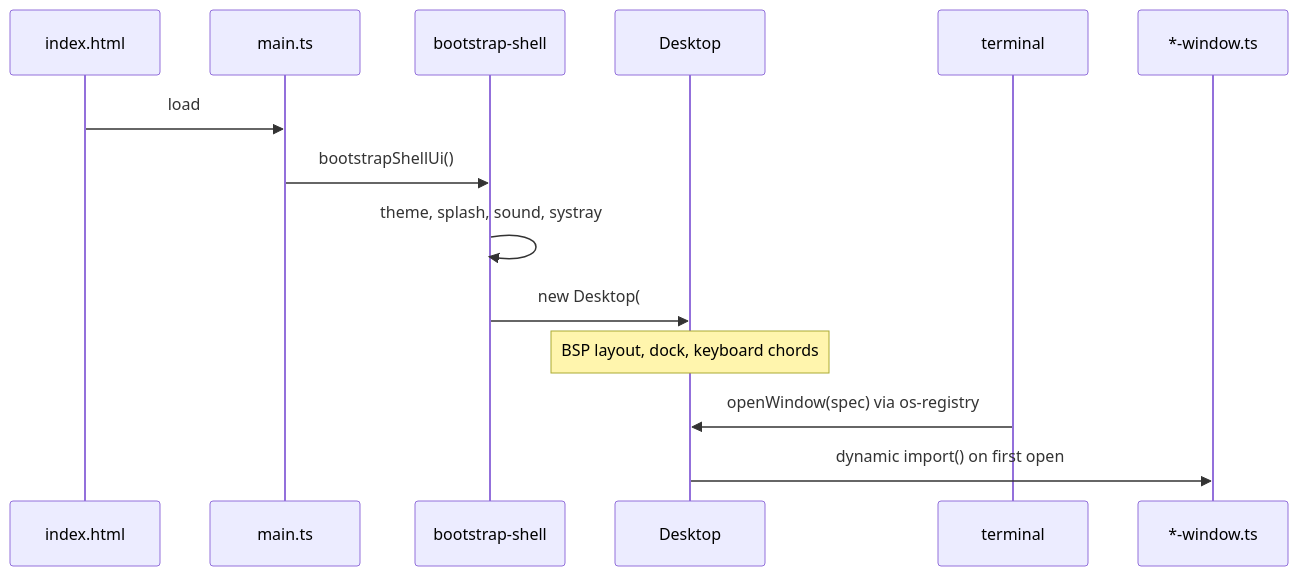
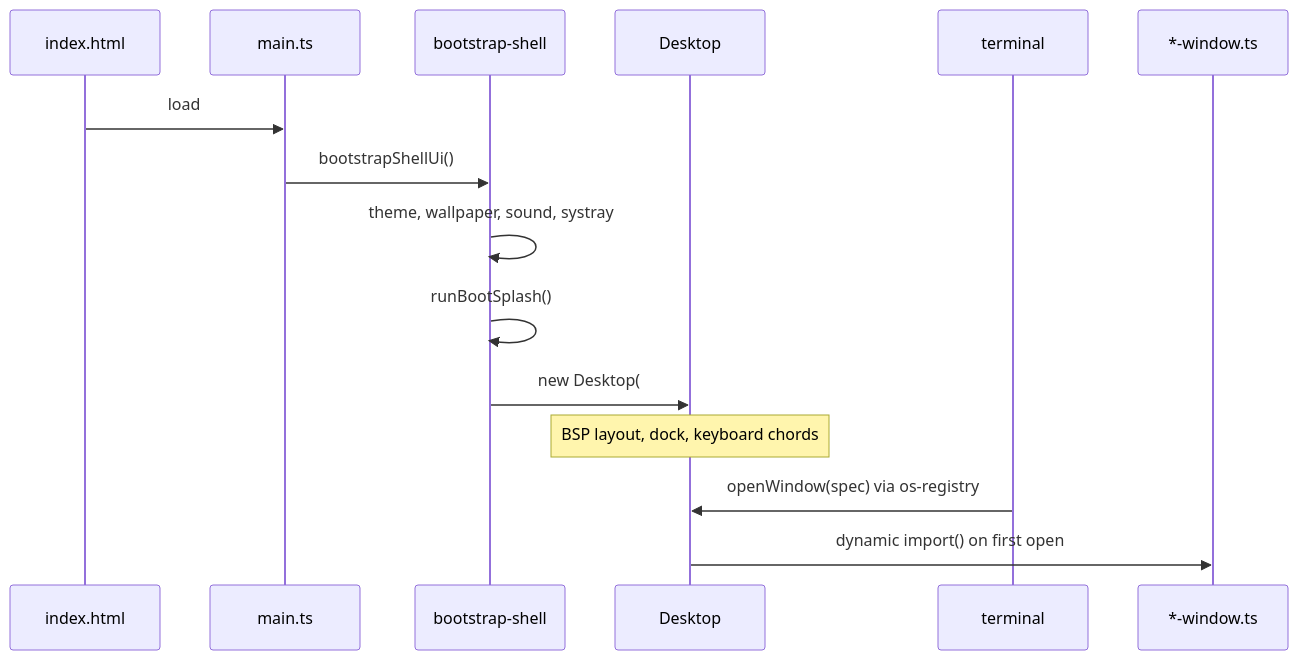
One commit to namefailed/namefailed.github.io changed the first of 2 diagrams in docs/ARCHITECTURE.md. Above: the diagram before and after it, drawn with Mermaid. The commit also changed other lines of this file and 32 other files, not shown here.

````diff
--- a/docs/ARCHITECTURE.md
+++ b/docs/ARCHITECTURE.md
@@ -9,17 +9,18 @@
 ```mermaid
 sequenceDiagram
   participant HTML as index.html
   participant Main as main.ts
   participant Boot as bootstrap-shell
   participant Desk as Desktop
   participant Term as terminal
   participant Tile as *-window.ts
 
   HTML->>Main: load
   Main->>Boot: bootstrapShellUi()
-  Boot->>Boot: theme, splash, sound, systray
+  Boot->>Boot: theme, wallpaper, sound, systray
+  Boot->>Boot: runBootSplash()
   Boot->>Desk: new Desktop(#desktop)
   Note over Desk: BSP layout, dock, keyboard chords
   Term->>Desk: openWindow(spec) via os-registry
   Desk->>Tile: dynamic import() on first open
 ```
````
